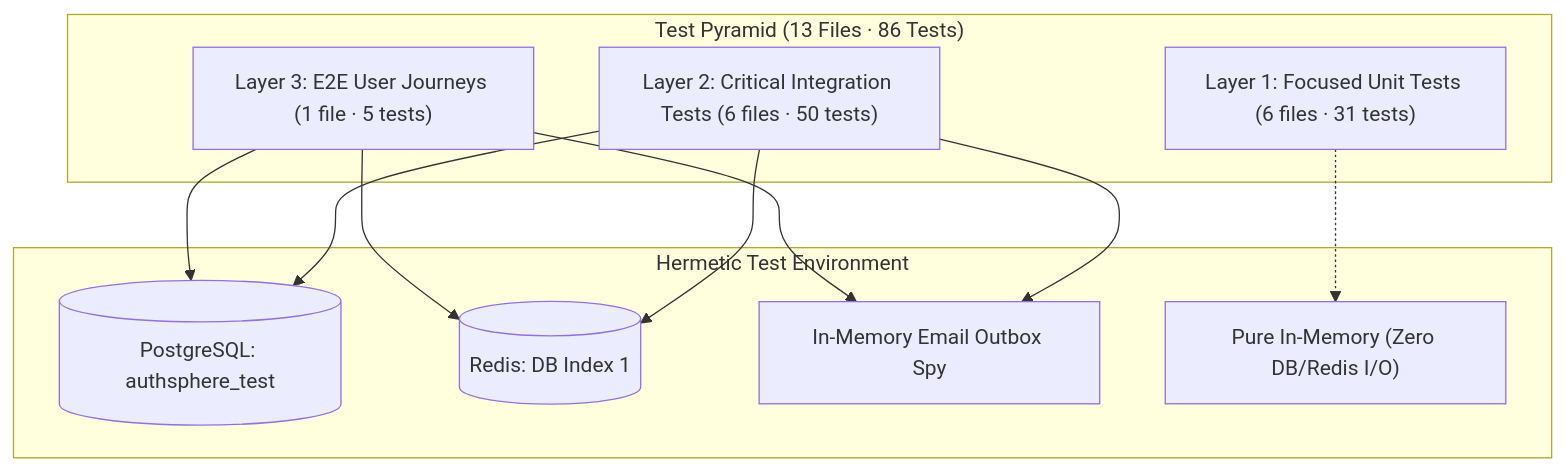
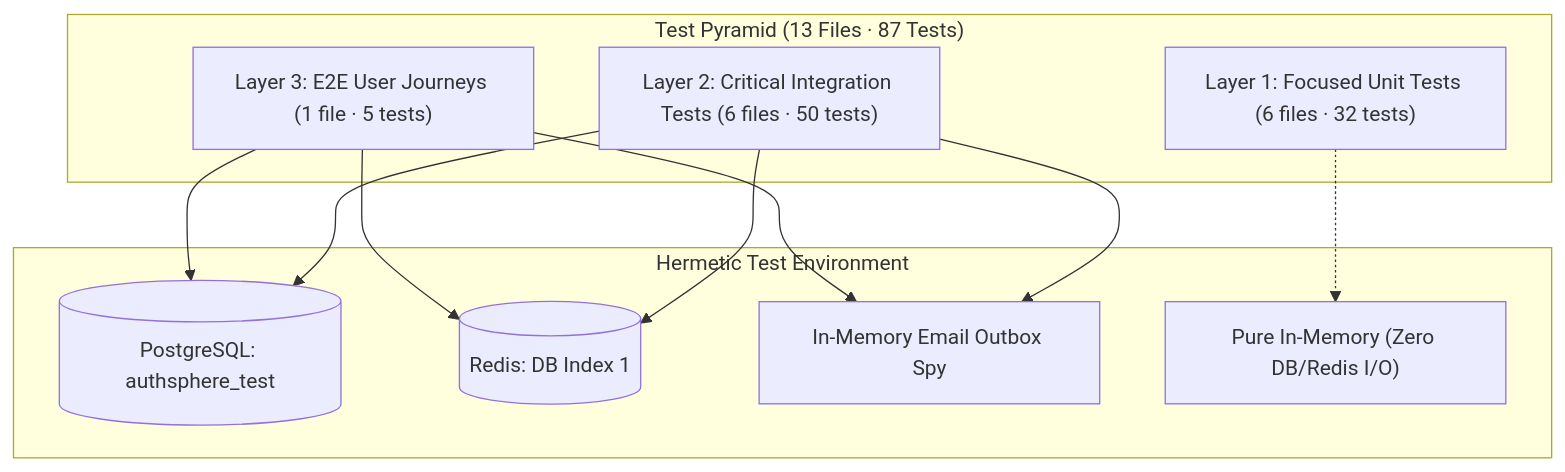
The diagram in docs/TESTING.md (utkarshj014/authsphere), drawn with Mermaid before and after one commit. The commit also changed other lines of this file and 4 other files, not shown here.

````diff
--- a/docs/TESTING.md
+++ b/docs/TESTING.md
@@ -32,23 +32,23 @@
 ```mermaid
 graph TD
-    subgraph TP ["Test Pyramid (13 Files · 86 Tests)"]
+    subgraph TP ["Test Pyramid (13 Files · 87 Tests)"]
         E2E["Layer 3: E2E User Journeys (1 file · 5 tests)"]
         INT["Layer 2: Critical Integration Tests (6 files · 50 tests)"]
-        UNIT["Layer 1: Focused Unit Tests (6 files · 31 tests)"]
+        UNIT["Layer 1: Focused Unit Tests (6 files · 32 tests)"]
     end
 
     subgraph HTE ["Hermetic Test Environment"]
         TestDB[("PostgreSQL: authsphere_test")]
         TestRedis[("Redis: DB Index 1")]
         EmailSpy["In-Memory Email Outbox Spy"]
         PureMemory["Pure In-Memory (Zero DB/Redis I/O)"]
 
         E2E --> TestDB
         INT --> TestDB
         E2E --> TestRedis
         INT --> TestRedis
         E2E --> EmailSpy
         INT --> EmailSpy
         UNIT -.-> PureMemory
     end
 ```
````
